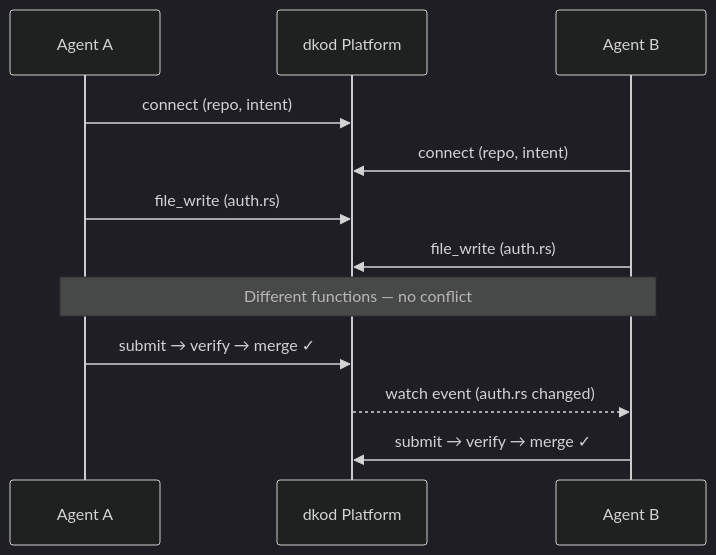
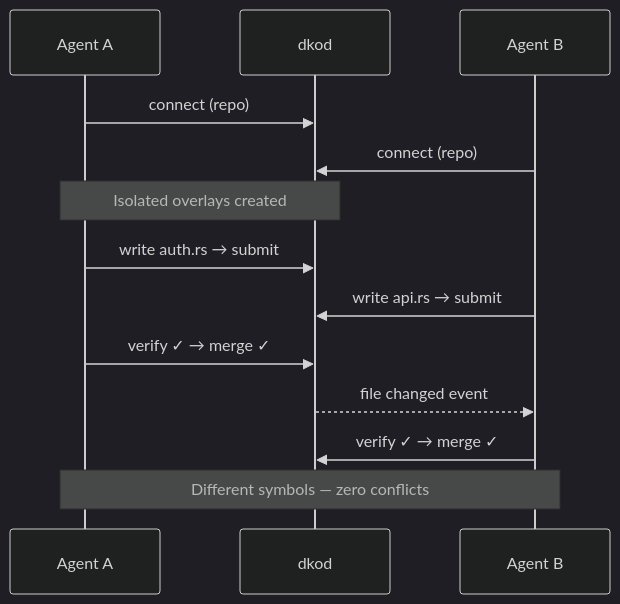
The diagram in README.md (sjoerd2025/dkod-engine), drawn with Mermaid before and after one commit. The commit also changed other lines of this file and 1 other file, not shown here.

````diff
--- a/README.md
+++ b/README.md
@@ -179,16 +179,21 @@
 ```mermaid
-%%{init: {'theme': 'dark', 'themeVariables': { 'primaryColor': '#06b6d4', 'primaryTextColor': '#f0f0f3', 'lineColor': '#06b6d4', 'secondaryColor': '#0f0f14', 'tertiaryColor': '#12121a' }}}%%
+%%{init: {'theme': 'dark', 'themeVariables': { 'primaryColor': '#06b6d4', 'primaryTextColor': '#f0f0f3', 'lineColor': '#06b6d4' }}}%%
 sequenceDiagram
     participant A as Agent A
-    participant P as dkod Platform
+    participant P as dkod
     participant B as Agent B
 
-    A->>P: connect (repo, intent)
-    B->>P: connect (repo, intent)
-    A->>P: file_write (auth.rs)
-    B->>P: file_write (auth.rs)
-    Note over A,B: Different functions — no conflict
-    A->>P: submit → verify → merge ✓
-    P-->>B: watch event (auth.rs changed)
-    B->>P: submit → verify → merge ✓
+    A->>P: connect (repo)
+    B->>P: connect (repo)
+
+    Note over A,P: Isolated overlays created
+
+    A->>P: write auth.rs → submit
+    B->>P: write api.rs → submit
+
+    A->>P: verify ✓ → merge ✓
+    P-->>B: file changed event
+    B->>P: verify ✓ → merge ✓
+
+    Note over A,B: Different symbols — zero conflicts
 ```
````
